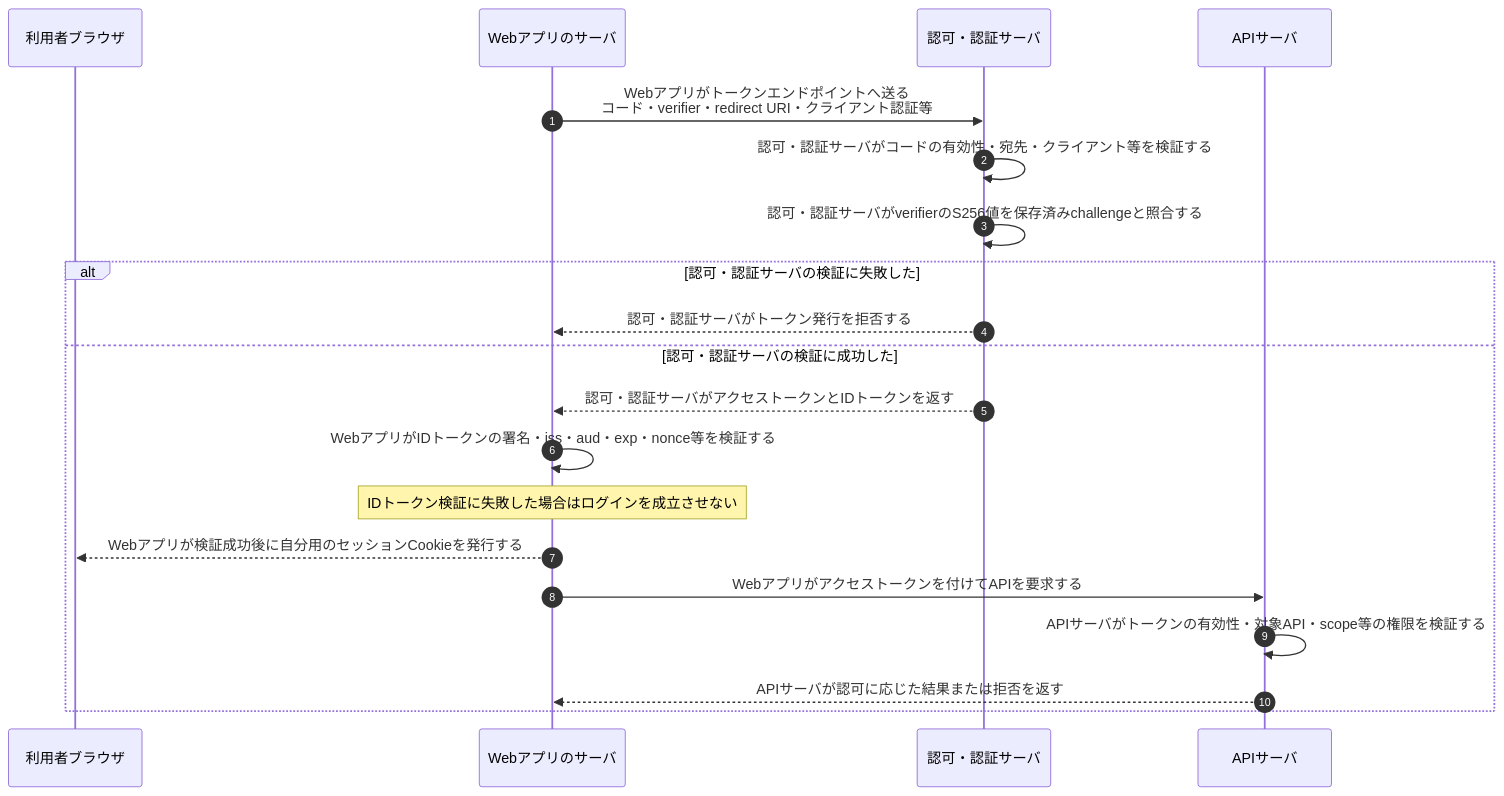
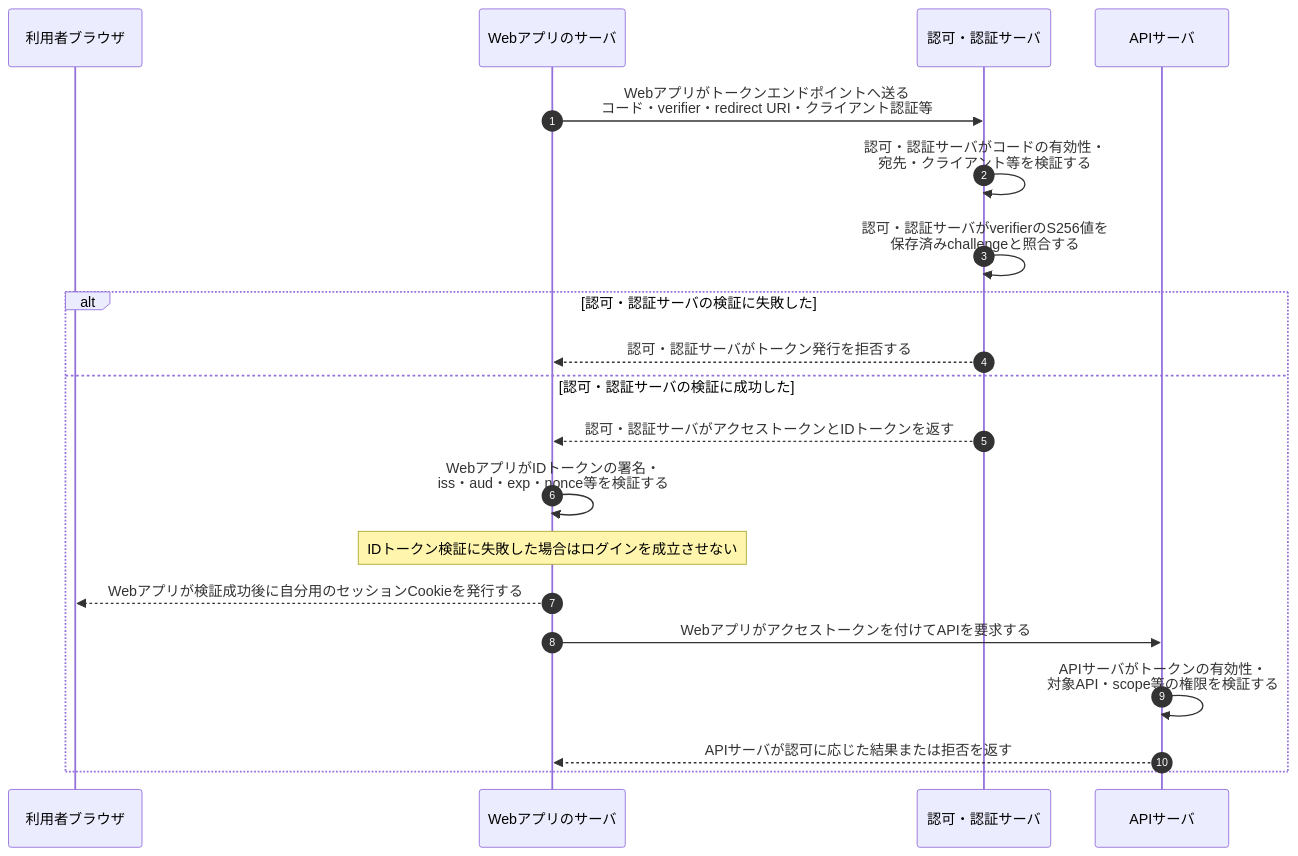
One commit to ryusuke2003/security-specialist-study changed the second of 2 diagrams in 復習用/流れ図/OAuth2とOIDCの認可コードとPKCE.md. Above: the diagram before and after it, drawn with Mermaid. The commit also changed other lines of this file and 7 other files, not shown here.

Commit message:
図の折り返しと認証失敗時の前提を整え検証結果と導線を更新

````diff
--- a/復習用/流れ図/OAuth2とOIDCの認可コードとPKCE.md
+++ b/復習用/流れ図/OAuth2とOIDCの認可コードとPKCE.md
@@ -32,23 +32,23 @@
 ```mermaid
 sequenceDiagram
     autonumber
     participant B as 利用者ブラウザ
     participant C as Webアプリのサーバ
     participant O as 認可・認証サーバ
     participant A as APIサーバ
 
     C->>O: Webアプリがトークンエンドポイントへ送る<br/>コード・verifier・redirect URI・クライアント認証等
-    O->>O: 認可・認証サーバがコードの有効性・宛先・クライアント等を検証する
-    O->>O: 認可・認証サーバがverifierのS256値を保存済みchallengeと照合する
+    O->>O: 認可・認証サーバがコードの有効性・<br/>宛先・クライアント等を検証する
+    O->>O: 認可・認証サーバがverifierのS256値を<br/>保存済みchallengeと照合する
     alt 認可・認証サーバの検証に失敗した
         O-->>C: 認可・認証サーバがトークン発行を拒否する
     else 認可・認証サーバの検証に成功した
         O-->>C: 認可・認証サーバがアクセストークンとIDトークンを返す
-        C->>C: WebアプリがIDトークンの署名・iss・aud・exp・nonce等を検証する
+        C->>C: WebアプリがIDトークンの署名・<br/>iss・aud・exp・nonce等を検証する
         Note over C: IDトークン検証に失敗した場合はログインを成立させない
         C-->>B: Webアプリが検証成功後に自分用のセッションCookieを発行する
         C->>A: Webアプリがアクセストークンを付けてAPIを要求する
-        A->>A: APIサーバがトークンの有効性・対象API・scope等の権限を検証する
+        A->>A: APIサーバがトークンの有効性・<br/>対象API・scope等の権限を検証する
         A-->>C: APIサーバが認可に応じた結果または拒否を返す
     end
 ```
````
